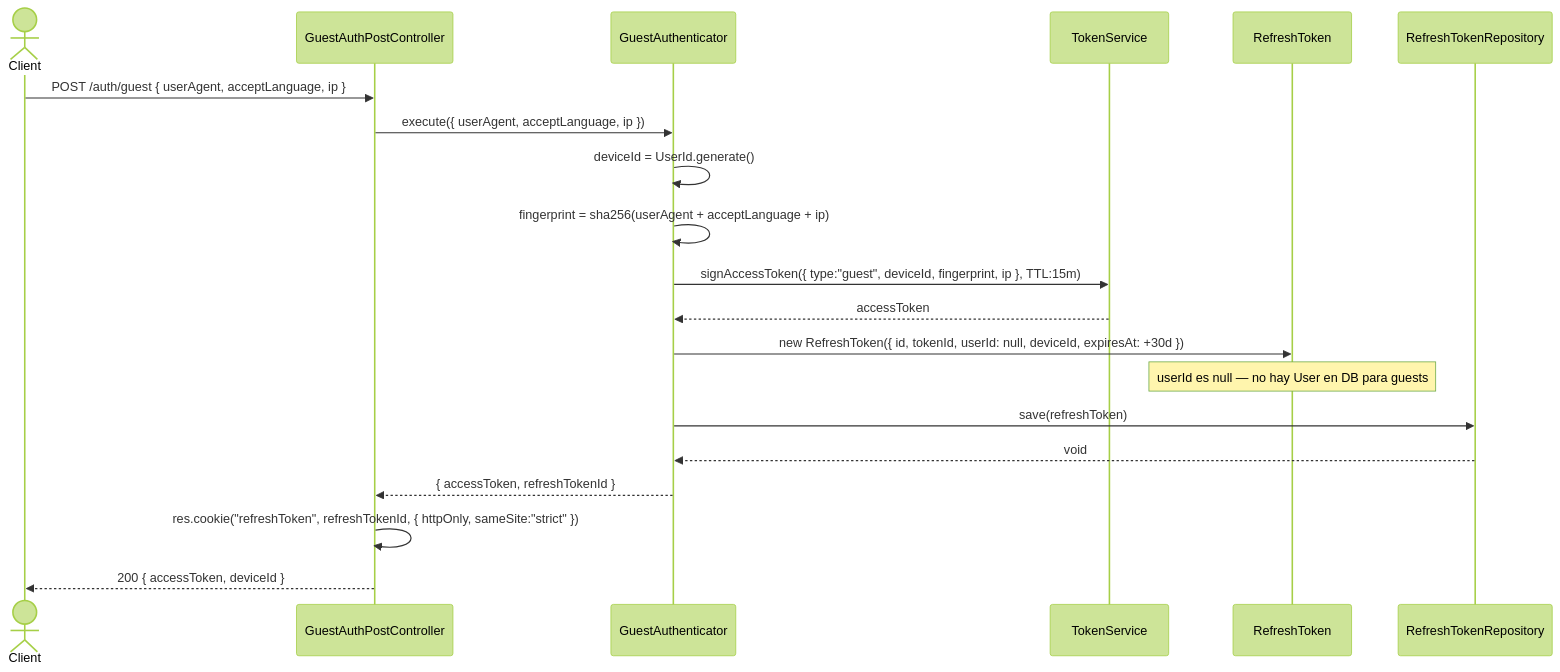
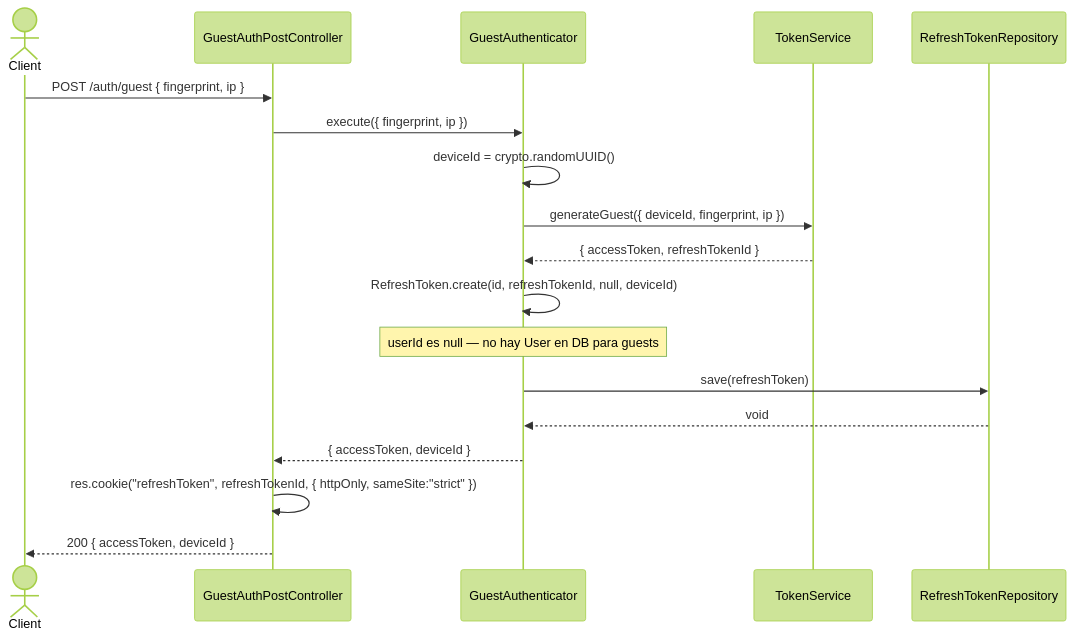
Before and after one commit to AbrahamVilchesDeLaCruz/ididntcatchthat: the diagram in docs/apps/api/identity/guest/sequence.md, drawn with Mermaid (forest theme). The commit also changed 9 other files, not shown here.

````diff
--- a/docs/apps/api/identity/guest/sequence.md
+++ b/docs/apps/api/identity/guest/sequence.md
@@ -5,29 +5,27 @@
 ```mermaid
 sequenceDiagram
     actor Client
     participant C as GuestAuthPostController
     participant UC as GuestAuthenticator
     participant TS as TokenService
-    participant RT as RefreshToken
     participant RTREPO as RefreshTokenRepository
 
-    Client->>C: POST /auth/guest { userAgent, acceptLanguage, ip }
-    C->>UC: execute({ userAgent, acceptLanguage, ip })
+    Client->>C: POST /auth/guest { fingerprint, ip }
+    C->>UC: execute({ fingerprint, ip })
 
-    UC->>UC: deviceId = UserId.generate()
-    UC->>UC: fingerprint = sha256(userAgent + acceptLanguage + ip)
+    UC->>UC: deviceId = crypto.randomUUID()
 
-    UC->>TS: signAccessToken({ type:"guest", deviceId, fingerprint, ip }, TTL:15m)
-    TS-->>UC: accessToken
+    UC->>TS: generateGuest({ deviceId, fingerprint, ip })
+    TS-->>UC: { accessToken, refreshTokenId }
 
-    UC->>RT: new RefreshToken({ id, tokenId, userId: null, deviceId, expiresAt: +30d })
-    Note over RT: userId es null — no hay User en DB para guests
+    UC->>UC: RefreshToken.create(id, refreshTokenId, null, deviceId)
+    Note over UC: userId es null — no hay User en DB para guests
 
     UC->>RTREPO: save(refreshToken)
     RTREPO-->>UC: void
 
-    UC-->>C: { accessToken, refreshTokenId }
+    UC-->>C: { accessToken, deviceId }
 
     C->>C: res.cookie("refreshToken", refreshTokenId, { httpOnly, sameSite:"strict" })
     C-->>Client: 200 { accessToken, deviceId }
 ```
````
